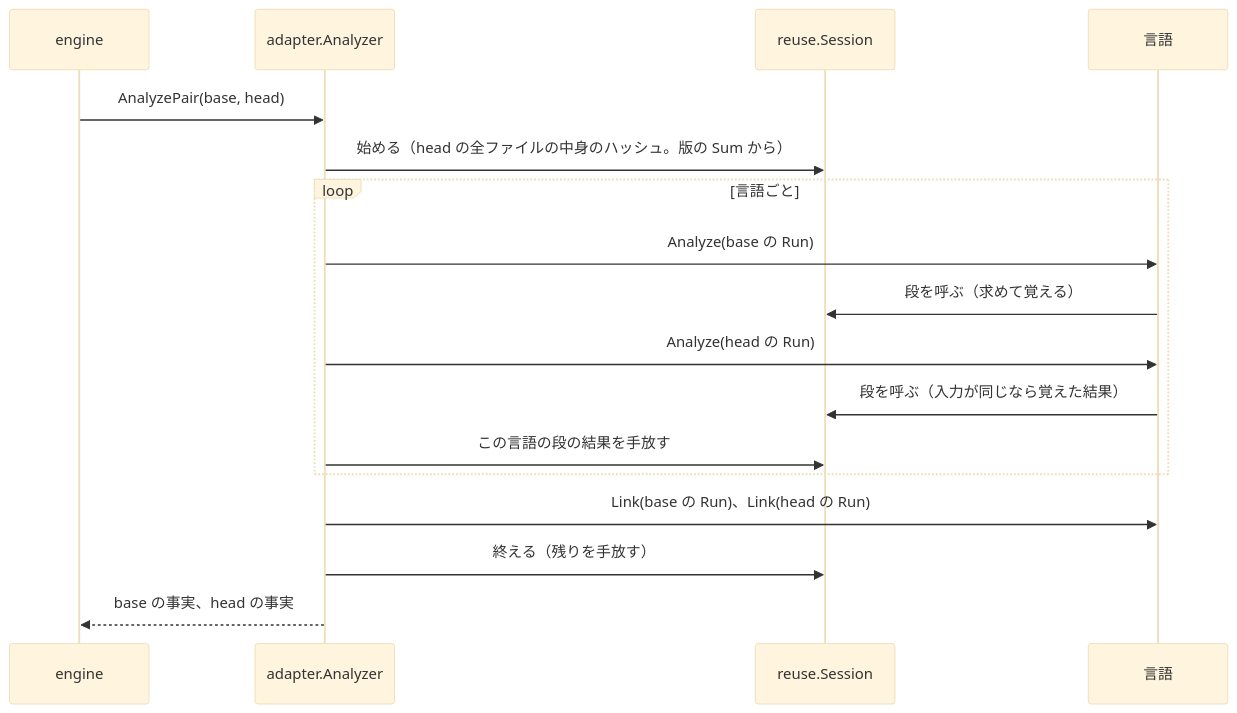
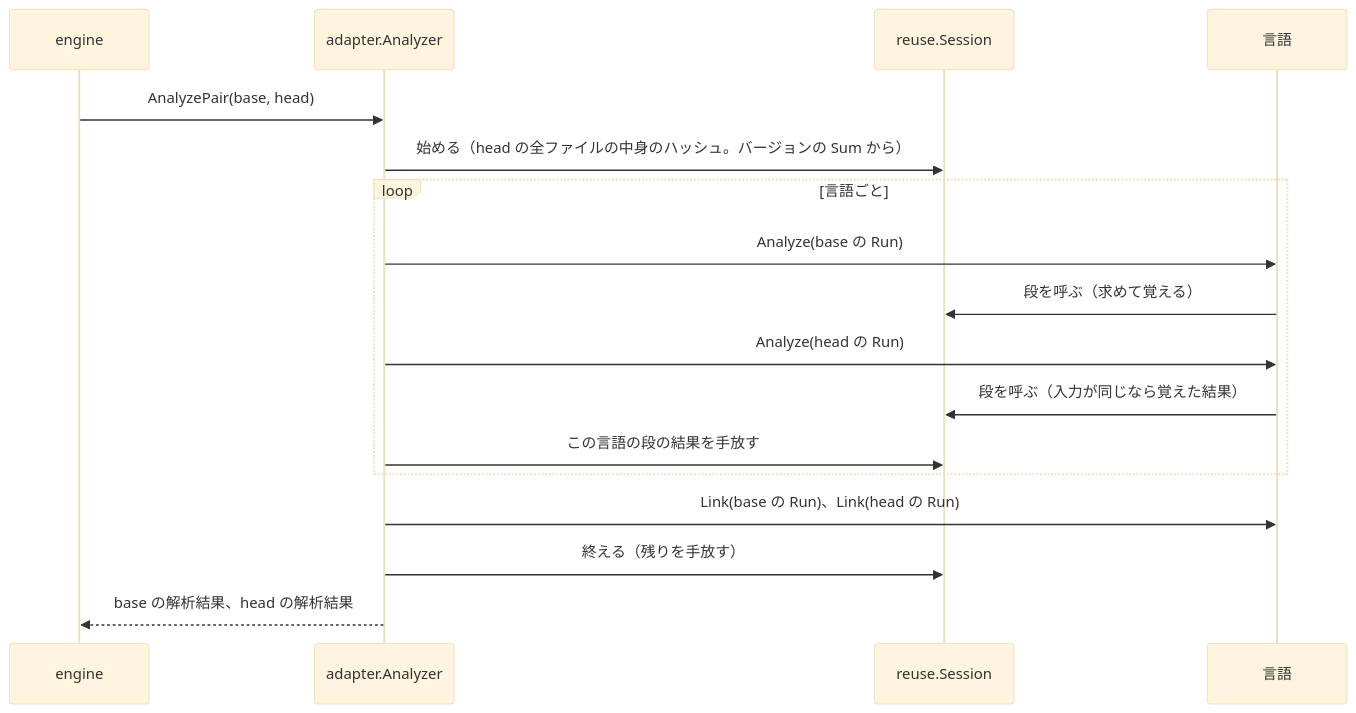
One commit to rerorets/hadome changed the first of 2 diagrams in docs/design/analysis-reuse.ja.md. Above: the diagram before and after it, drawn with Mermaid (base theme). The commit also changed other lines of this file and 37 other files, not shown here.

````diff
--- a/docs/design/analysis-reuse.ja.md
+++ b/docs/design/analysis-reuse.ja.md
@@ -140,19 +140,19 @@
 ```mermaid
 sequenceDiagram
   participant E as engine
   participant A as adapter.Analyzer
   participant S as reuse.Session
   participant L as 言語
   E->>A: AnalyzePair(base, head)
-  A->>S: 始める（head の全ファイルの中身のハッシュ。版の Sum から）
+  A->>S: 始める（head の全ファイルの中身のハッシュ。バージョンの Sum から）
   loop 言語ごと
     A->>L: Analyze(base の Run)
     L->>S: 段を呼ぶ（求めて覚える）
     A->>L: Analyze(head の Run)
     L->>S: 段を呼ぶ（入力が同じなら覚えた結果）
     A->>S: この言語の段の結果を手放す
   end
   A->>L: Link(base の Run)、Link(head の Run)
   A->>S: 終える（残りを手放す）
-  A-->>E: base の事実、head の事実
+  A-->>E: base の解析結果、head の解析結果
 ```
````
